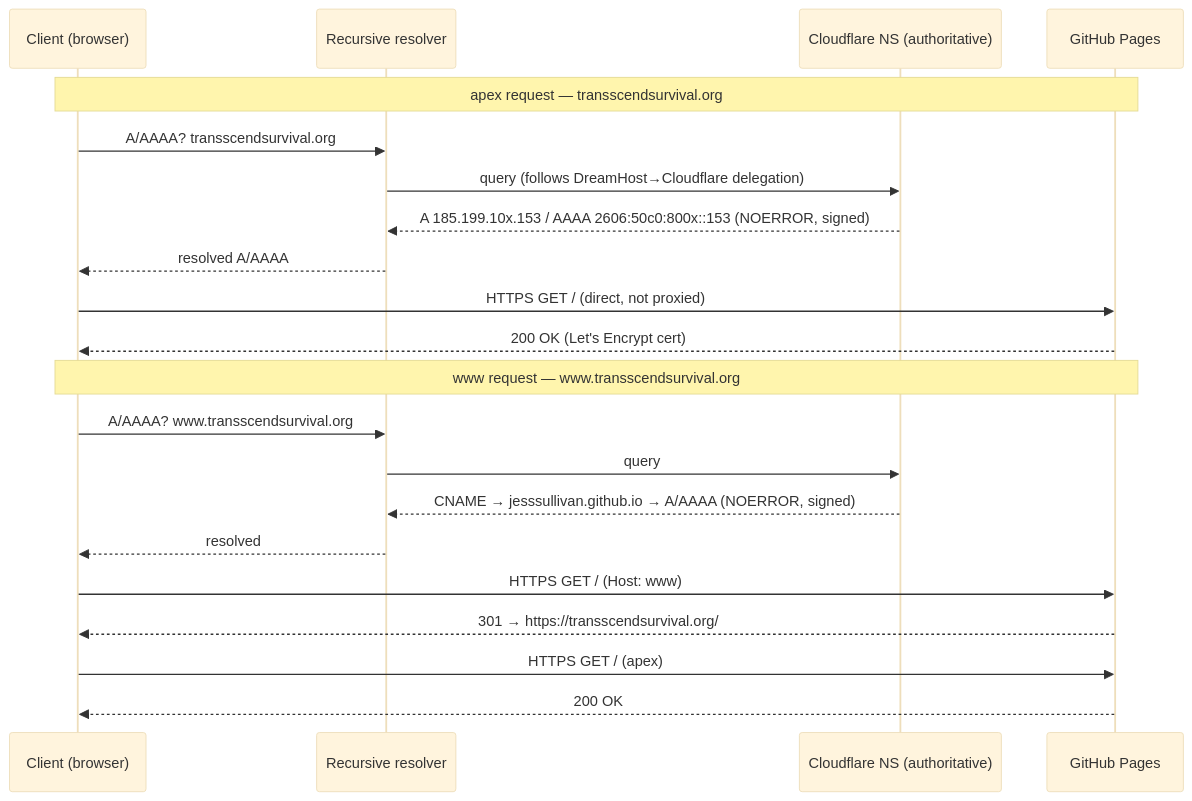
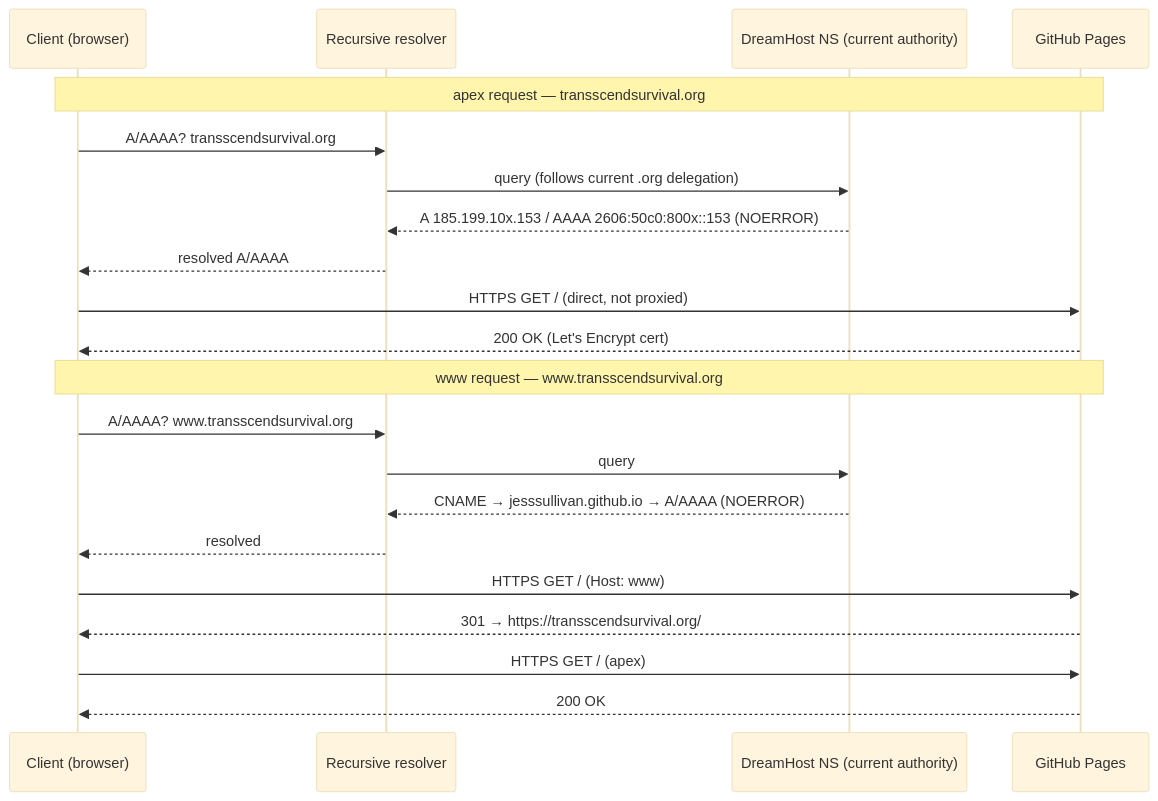
The second of 5 diagrams in docs/dns-architecture.md (Jesssullivan/jesssullivan.github.io), drawn with Mermaid (base theme) before and after one commit. The commit also changed other lines of this file and 4 other files, not shown here.

````diff
--- a/docs/dns-architecture.md
+++ b/docs/dns-architecture.md
@@ -64,25 +76,25 @@
 ```mermaid
 sequenceDiagram
     participant C as Client (browser)
     participant R as Recursive resolver
-    participant CF as Cloudflare NS (authoritative)
+    participant DH as DreamHost NS (current authority)
     participant GHP as GitHub Pages
 
     Note over C,GHP: apex request — transscendsurvival.org
     C->>R: A/AAAA? transscendsurvival.org
-    R->>CF: query (follows DreamHost→Cloudflare delegation)
-    CF-->>R: A 185.199.10x.153 / AAAA 2606:50c0:800x::153 (NOERROR, signed)
+    R->>DH: query (follows current .org delegation)
+    DH-->>R: A 185.199.10x.153 / AAAA 2606:50c0:800x::153 (NOERROR)
     R-->>C: resolved A/AAAA
     C->>GHP: HTTPS GET / (direct, not proxied)
     GHP-->>C: 200 OK (Let's Encrypt cert)
 
     Note over C,GHP: www request — www.transscendsurvival.org
     C->>R: A/AAAA? www.transscendsurvival.org
-    R->>CF: query
-    CF-->>R: CNAME → jesssullivan.github.io → A/AAAA (NOERROR, signed)
+    R->>DH: query
+    DH-->>R: CNAME → jesssullivan.github.io → A/AAAA (NOERROR)
     R-->>C: resolved
     C->>GHP: HTTPS GET / (Host: www)
     GHP-->>C: 301 → https://transscendsurvival.org/
     C->>GHP: HTTPS GET / (apex)
     GHP-->>C: 200 OK
 ```
````
